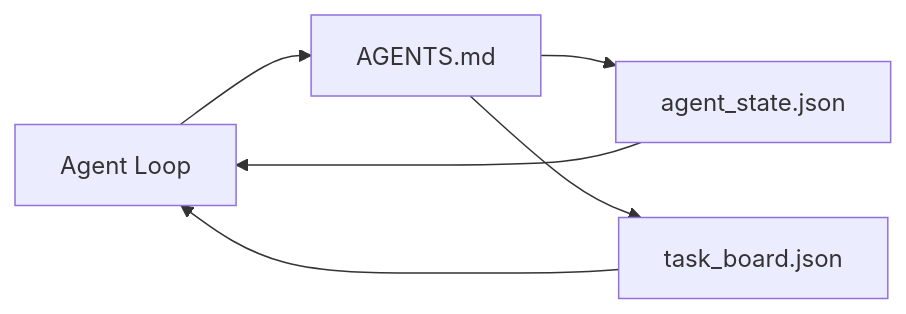
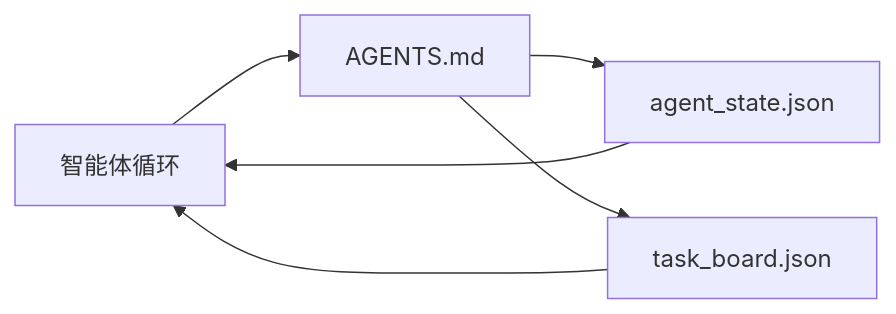
The diagram in phases/14-agent-engineering/32-minimal-agent-workbench.md (cq0206/ai-engineering-from-scratch), drawn with Mermaid before and after one commit. The commit also changed other lines of this file and 150 other files, not shown here.

````diff
--- a/phases/14-agent-engineering/32-minimal-agent-workbench.md
+++ b/phases/14-agent-engineering/32-minimal-agent-workbench.md
@@ -27,8 +27,8 @@
 ```mermaid
 flowchart LR
-  Agent[Agent Loop] --> Router[AGENTS.md]
+  Agent[智能体循环] --> Router[AGENTS.md]
   Router --> State[agent_state.json]
   Router --> Board[task_board.json]
   State --> Agent
   Board --> Agent
 ```
````
